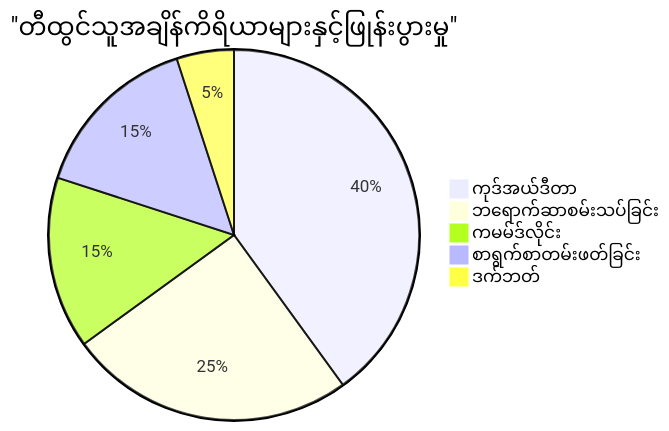
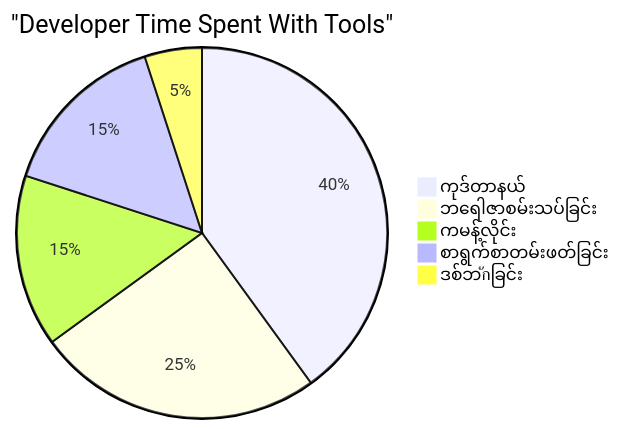
Before and after one commit to microsoft/Web-Dev-For-Beginners: the sixth of 7 diagrams in translations/my/1-getting-started-lessons/1-intro-to-programming-languages/README.md, drawn with Mermaid. The commit also changed other lines of this file and 8 other files, not shown here.

````diff
--- a/translations/my/1-getting-started-lessons/1-intro-to-programming-languages/README.md
+++ b/translations/my/1-getting-started-lessons/1-intro-to-programming-languages/README.md
@@ -709,8 +710,8 @@
 ```mermaid
-pie title "တီထွင်သူအချိန်ကိရိယာများနှင့်ဖြုန်းပွားမှု"
-    "ကုဒ်အယ်ဒီတာ" : 40
-    "ဘရောက်ဆာစမ်းသပ်ခြင်း" : 25
-    "ကမမ်ဒ်လိုင်း" : 15
+pie title "Developer Time Spent With Tools"
+    "ကုဒ်တာနယ်" : 40
+    "ဘရေါဇာစမ်းသပ်ခြင်း" : 25
+    "ကမန့်လိုင်း" : 15
     "စာရွက်စာတမ်းဖတ်ခြင်း" : 15
-    "ဒက်ဘတ်" : 5
+    "ဒစ်ဘักခြင်း" : 5
 ```
````
